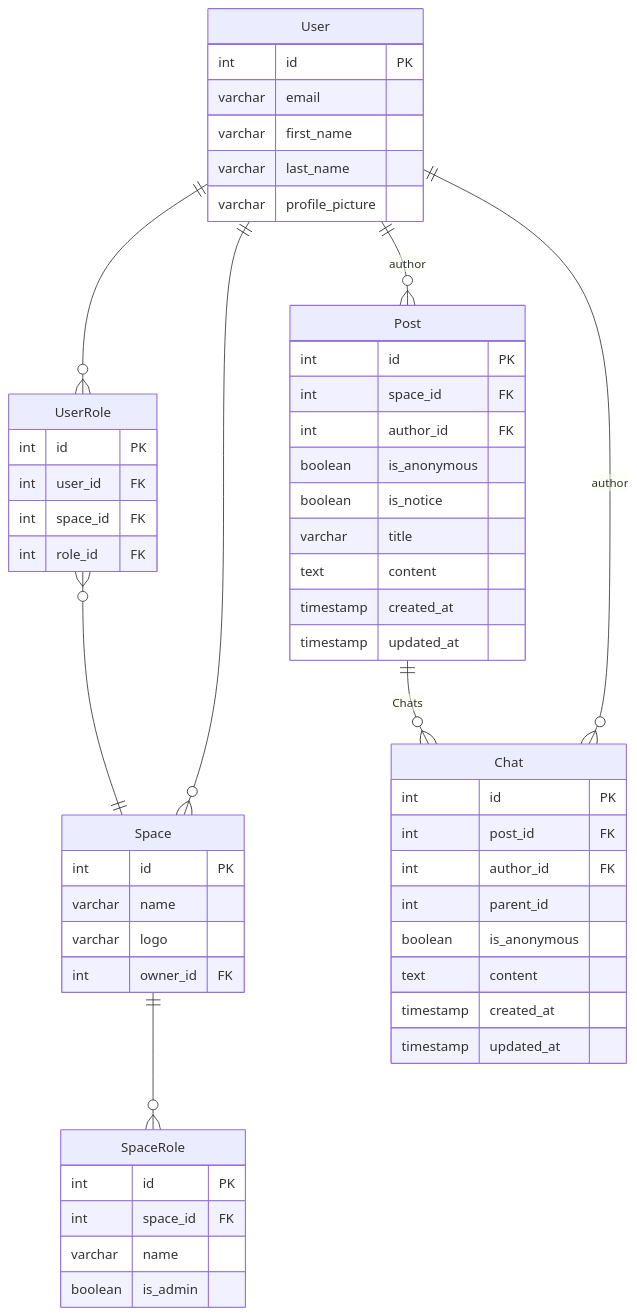
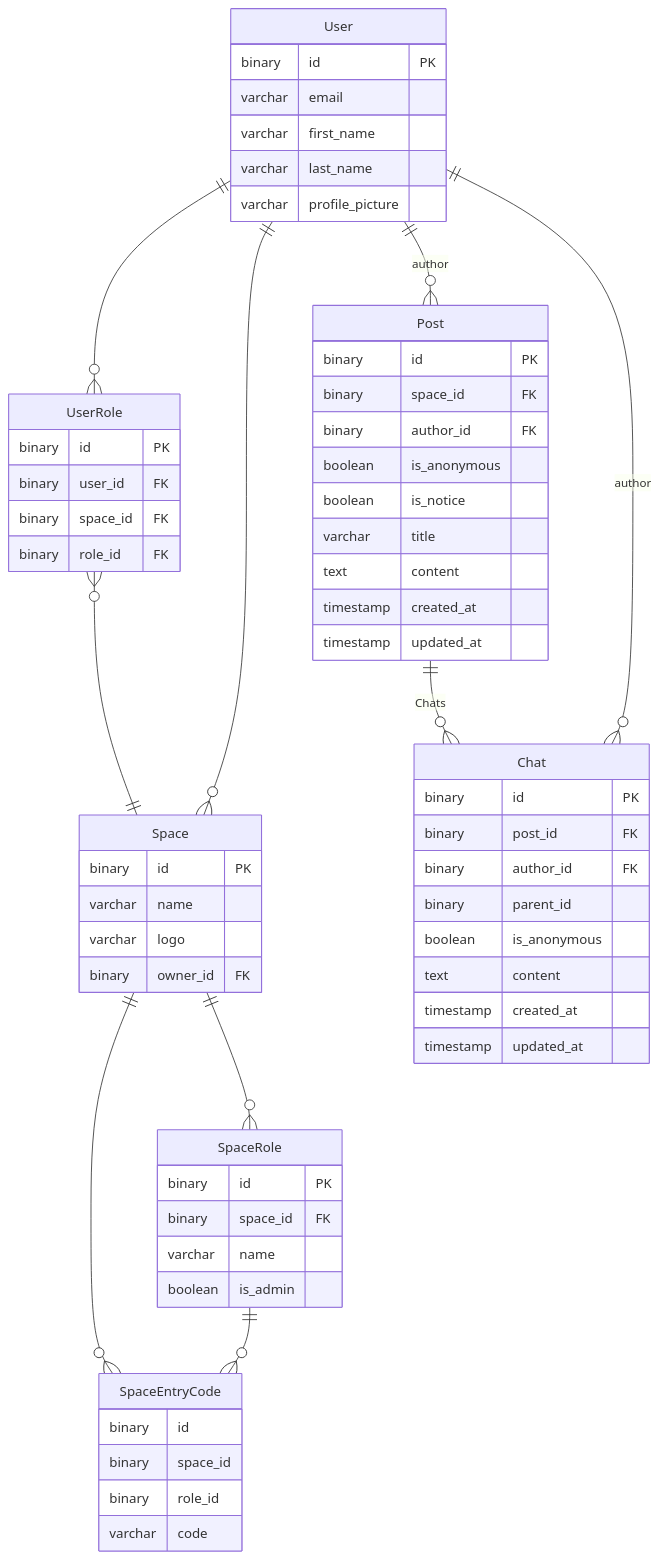
Before and after one commit to Dongkey-Dev/nestjs-space-room: the diagram in README.md, drawn with Mermaid.

Commit message:
ERD 업데이트

````diff
--- a/README.md
+++ b/README.md
@@ -1,64 +1,74 @@
 ```mermaid
 erDiagram
     User ||--o{ UserRole : ""
     UserRole }o--|| Space : ""
     Space ||--o{ SpaceRole : ""
     User ||--o{ Post : "author"
     Post ||--o{ Chat : "Chats"
 
     User ||--o{ Space : ""
     User ||--o{ Chat : "author"
 
+    Space ||--o{ SpaceEntryCode : ""
+    SpaceRole ||--o{ SpaceEntryCode : ""
+
 
     User {
-        int id PK
+        binary id PK
         varchar email
         varchar first_name
         varchar last_name
         varchar profile_picture
     }
 
     Space {
-        int id PK
+        binary id PK
         varchar name
         varchar logo
-        int owner_id FK
+        binary owner_id FK
     }
 
     SpaceRole {
-        int id PK
-        int space_id FK
+        binary id PK
+        binary space_id FK
         varchar name
         boolean is_admin
     }
 
+    SpaceEntryCode {
+        binary id
+        binary space_id
+        binary role_id
+        varchar code
+    }
+
     UserRole {
-        int id PK
-        int user_id FK
-        int space_id FK
-        int role_id FK
+        binary id PK
+        binary user_id FK
+        binary space_id FK
+        binary role_id FK
     }
 
     Post {
-        int id PK
-        int space_id FK
-        int author_id FK
+        binary id PK
+        binary space_id FK
+        binary author_id FK
         boolean is_anonymous
         boolean is_notice
         varchar title
         text content
         timestamp created_at
         timestamp updated_at
     }
 
     Chat {
-        int id PK
-        int post_id FK
-        int author_id FK
-        int parent_id
+        binary id PK
+        binary post_id FK
+        binary author_id FK
+        binary parent_id
         boolean is_anonymous
         text content
         timestamp created_at
         timestamp updated_at
     }
 ```
````
